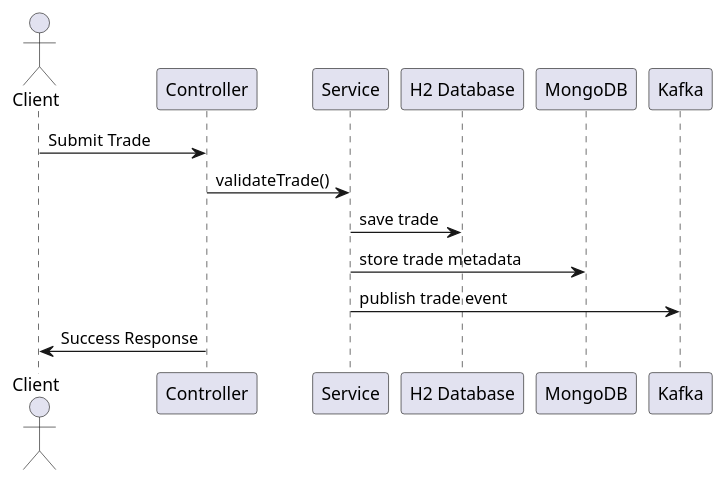
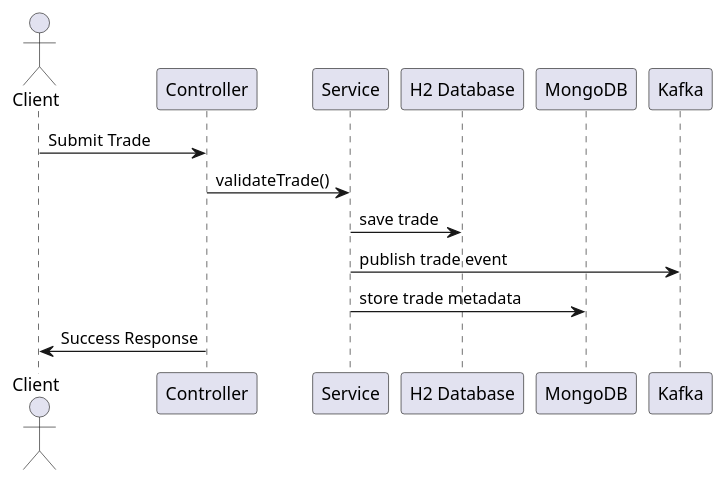
One commit to roshnithomas120/trade-store changed the diagram in docs/diagrams/trade-sequence.puml. Above: the diagram before and after it, drawn with PlantUML. The commit also changed other lines of this file, not shown here.

Commit message:
updated uml

```diff
--- a/docs/diagrams/trade-sequence.puml
+++ b/docs/diagrams/trade-sequence.puml
@@ -1,15 +1,15 @@
 @startuml
 actor Client
 participant Controller
 participant Service
 participant SQLDB as "H2 Database"
 participant NoSQLDB as "MongoDB"
 participant Kafka
 
 Client -> Controller: Submit Trade
 Controller -> Service: validateTrade()
 Service -> SQLDB: save trade
+Service -> Kafka: publish trade event
 Service -> NoSQLDB: store trade metadata
-Service -> Kafka: publish trade event
 Controller -> Client: Success Response
 @enduml
```
